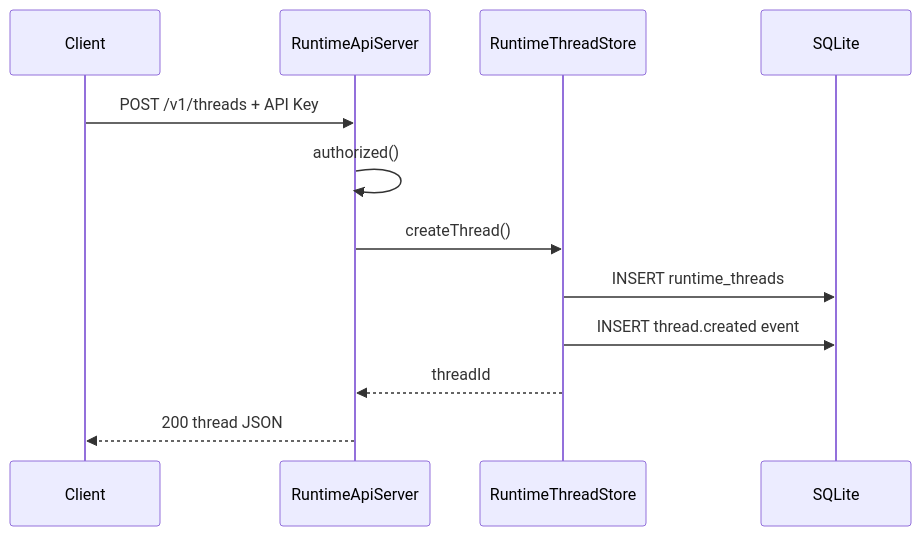
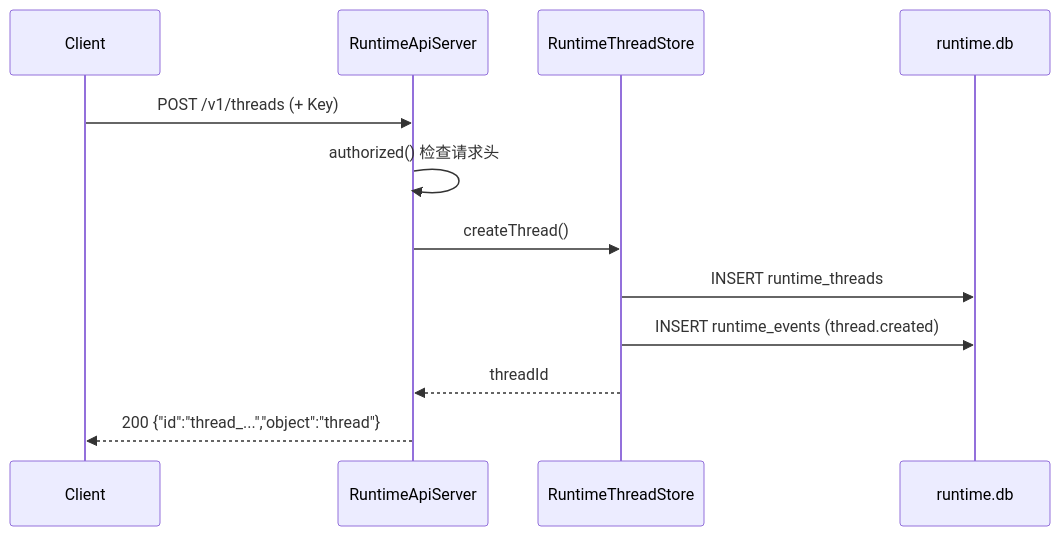
One commit to zgjdev/Code-Agent changed the third of 5 diagrams in docs/dev/05-runtime-api-tasks.md. Above: the diagram before and after it, drawn with Mermaid. The commit also changed other lines of this file and 5 other files, not shown here.

````diff
--- a/docs/dev/05-runtime-api-tasks.md
+++ b/docs/dev/05-runtime-api-tasks.md
@@ -240,15 +606,15 @@
 ```mermaid
 sequenceDiagram
     participant C as Client
     participant API as RuntimeApiServer
     participant Store as RuntimeThreadStore
-    participant DB as SQLite
+    participant DB as runtime.db
 
-    C->>API: POST /v1/threads + API Key
-    API->>API: authorized()
+    C->>API: POST /v1/threads (+ Key)
+    API->>API: authorized() 检查请求头
     API->>Store: createThread()
     Store->>DB: INSERT runtime_threads
-    Store->>DB: INSERT thread.created event
+    Store->>DB: INSERT runtime_events (thread.created)
     Store-->>API: threadId
-    API-->>C: 200 thread JSON
+    API-->>C: 200 {"id":"thread_...","object":"thread"}
 ```
````
